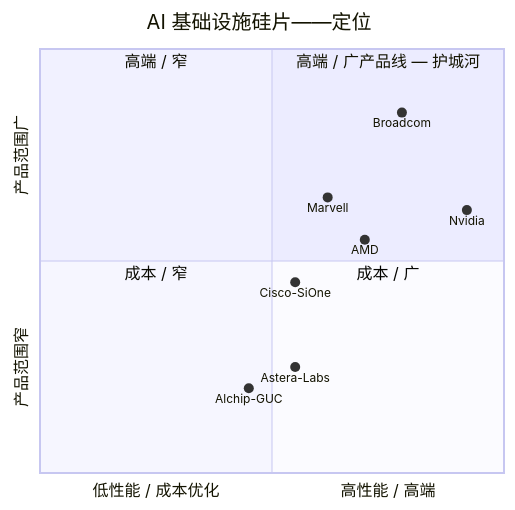
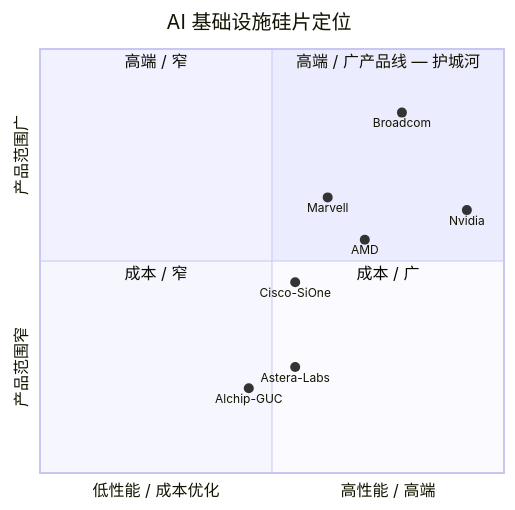
The fourth of 5 diagrams in reports/company/Broadcom_NASDAQ_AVGO/Broadcom_NASDAQ_AVGO_公司研究.md (dadachundan/financial_agent), drawn with Mermaid before and after one commit. The commit also changed other lines of this file and 9 other files, not shown here.

First line of the commit message:
feat(company-research): refresh Broadcom (AVGO) — decision layer + full chart suite

````diff
--- a/reports/company/Broadcom_NASDAQ_AVGO/Broadcom_NASDAQ_AVGO_公司研究.md
+++ b/reports/company/Broadcom_NASDAQ_AVGO/Broadcom_NASDAQ_AVGO_公司研究.md
@@ -560,17 +678,17 @@
 ```mermaid
 quadrantChart
-    title AI 基础设施硅片——定位
+    title AI 基础设施硅片定位
     x-axis "低性能 / 成本优化" --> "高性能 / 高端"
     y-axis "产品范围窄" --> "产品范围广"
     quadrant-1 "高端 / 广产品线 — 护城河"
     quadrant-2 "高端 / 窄"
     quadrant-3 "成本 / 窄"
     quadrant-4 "成本 / 广"
     Broadcom: [0.78, 0.85]
     Nvidia: [0.92, 0.62]
     Marvell: [0.62, 0.65]
     AMD: [0.7, 0.55]
     Cisco-SiOne: [0.55, 0.45]
     Astera-Labs: [0.55, 0.25]
     Alchip-GUC: [0.45, 0.2]
 ```
````
